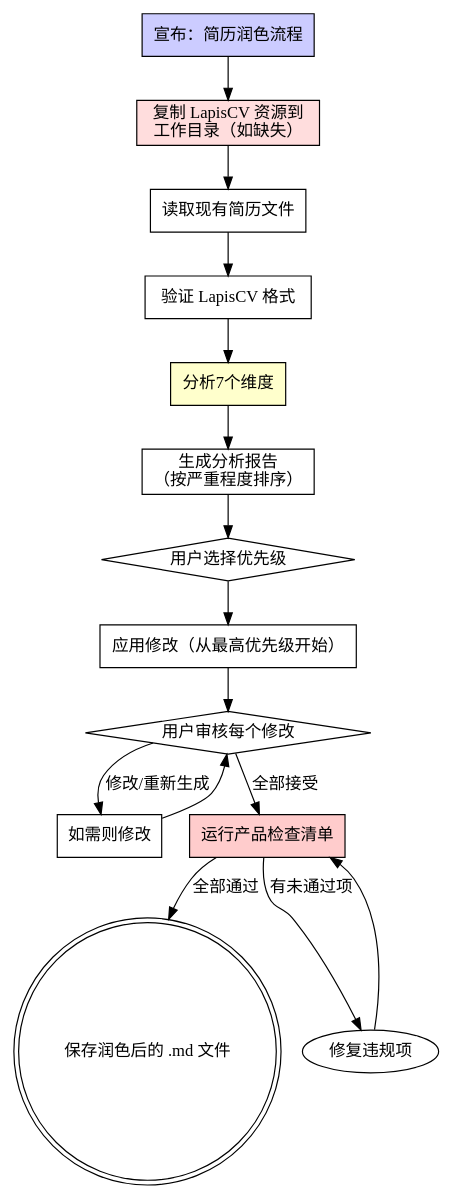
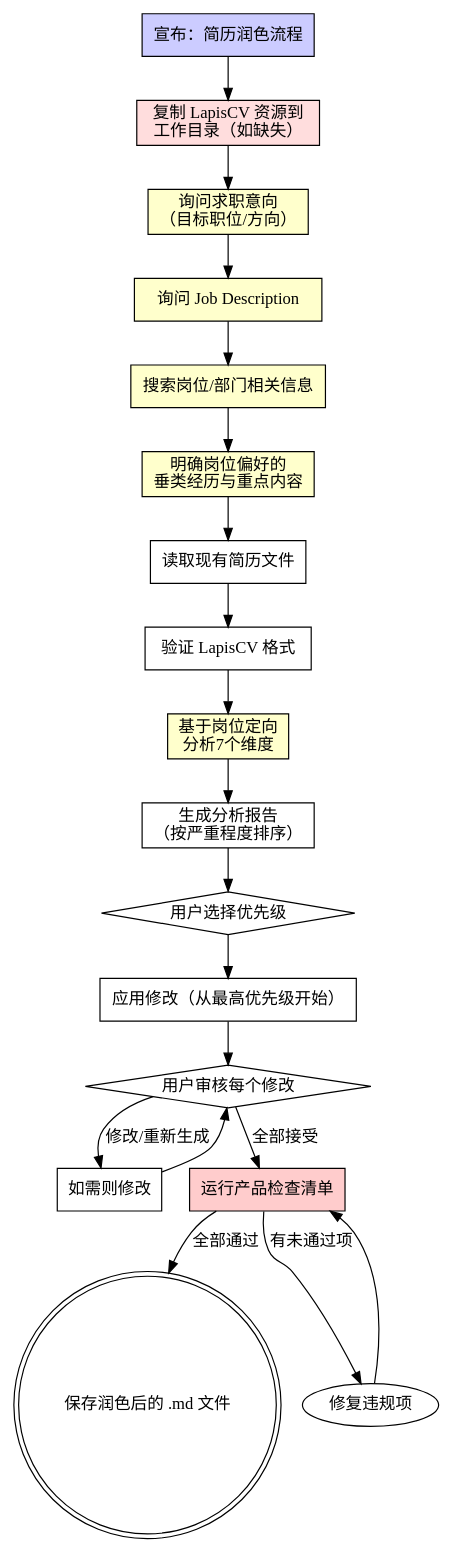
Before and after one commit to Wood-Q/Mokio-Interview-Skill: the diagram in skills/mokio-interview-skill/resume-polish.md, drawn with Graphviz. The commit also changed other lines of this file, not shown here.

````diff
--- a/skills/mokio-interview-skill/resume-polish.md
+++ b/skills/mokio-interview-skill/resume-polish.md
@@ -27,32 +29,40 @@
 ```dot
 digraph resume_polish {
     rankdir=TB;
     "宣布：简历润色流程" [shape=box, style=filled, fillcolor="#ccccff"];
     "复制 LapisCV 资源到\n工作目录（如缺失）" [shape=box, style=filled, fillcolor="#ffdddd"];
+    "询问求职意向\n（目标职位/方向）" [shape=box, style=filled, fillcolor="#ffffcc"];
+    "询问 Job Description" [shape=box, style=filled, fillcolor="#ffffcc"];
+    "搜索岗位/部门相关信息" [shape=box, style=filled, fillcolor="#ffffcc"];
+    "明确岗位偏好的\n垂类经历与重点内容" [shape=box, style=filled, fillcolor="#ffffcc"];
     "读取现有简历文件" [shape=box];
     "验证 LapisCV 格式" [shape=box];
-    "分析7个维度" [shape=box, style=filled, fillcolor="#ffffcc"];
+    "基于岗位定向\n分析7个维度" [shape=box, style=filled, fillcolor="#ffffcc"];
     "生成分析报告\n（按严重程度排序）" [shape=box];
     "用户选择优先级" [shape=diamond];
     "应用修改（从最高优先级开始）" [shape=box];
     "用户审核每个修改" [shape=diamond];
     "如需则修改" [shape=box];
     "运行产品检查清单" [shape=box, style=filled, fillcolor="#ffcccc"];
     "保存润色后的 .md 文件" [shape=doublecircle];
 
     "宣布：简历润色流程" -> "复制 LapisCV 资源到\n工作目录（如缺失）";
-    "复制 LapisCV 资源到\n工作目录（如缺失）" -> "读取现有简历文件";
+    "复制 LapisCV 资源到\n工作目录（如缺失）" -> "询问求职意向\n（目标职位/方向）";
+    "询问求职意向\n（目标职位/方向）" -> "询问 Job Description";
+    "询问 Job Description" -> "搜索岗位/部门相关信息";
+    "搜索岗位/部门相关信息" -> "明确岗位偏好的\n垂类经历与重点内容";
+    "明确岗位偏好的\n垂类经历与重点内容" -> "读取现有简历文件";
     "读取现有简历文件" -> "验证 LapisCV 格式";
-    "验证 LapisCV 格式" -> "分析7个维度";
-    "分析7个维度" -> "生成分析报告\n（按严重程度排序）";
+    "验证 LapisCV 格式" -> "基于岗位定向\n分析7个维度";
+    "基于岗位定向\n分析7个维度" -> "生成分析报告\n（按严重程度排序）";
     "生成分析报告\n（按严重程度排序）" -> "用户选择优先级";
     "用户选择优先级" -> "应用修改（从最高优先级开始）";
     "应用修改（从最高优先级开始）" -> "用户审核每个修改";
     "用户审核每个修改" -> "如需则修改" [label="修改/重新生成"];
     "用户审核每个修改" -> "运行产品检查清单" [label="全部接受"];
     "如需则修改" -> "用户审核每个修改";
     "运行产品检查清单" -> "保存润色后的 .md 文件" [label="全部通过"];
     "运行产品检查清单" -> "修复违规项" [label="有未通过项"];
     "修复违规项" -> "运行产品检查清单";
 }
 ```
````
